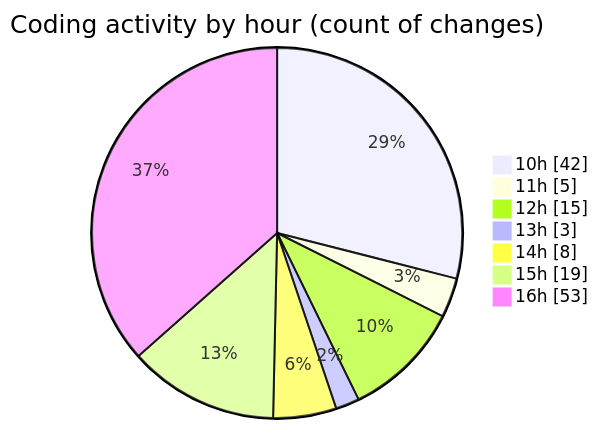
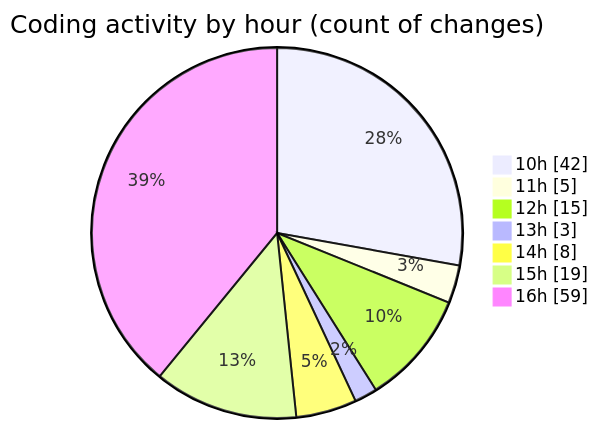
The second of 2 diagrams in 2025-08-04/nxtqube_webapp/README.md (nxtqubesakshisongat/code-tracking), drawn with Mermaid before and after one commit. The commit also changed other lines of this file and 1 other file, not shown here.

````diff
--- a/2025-08-04/nxtqube_webapp/README.md
+++ b/2025-08-04/nxtqube_webapp/README.md
@@ -50,11 +50,11 @@
 ```mermaid
 pie showData
 title Coding activity by hour (count of changes)
 "10h" : 42
 "11h" : 5
 "12h" : 15
 "13h" : 3
 "14h" : 8
 "15h" : 19
-"16h" : 53
+"16h" : 59
 ```
````
